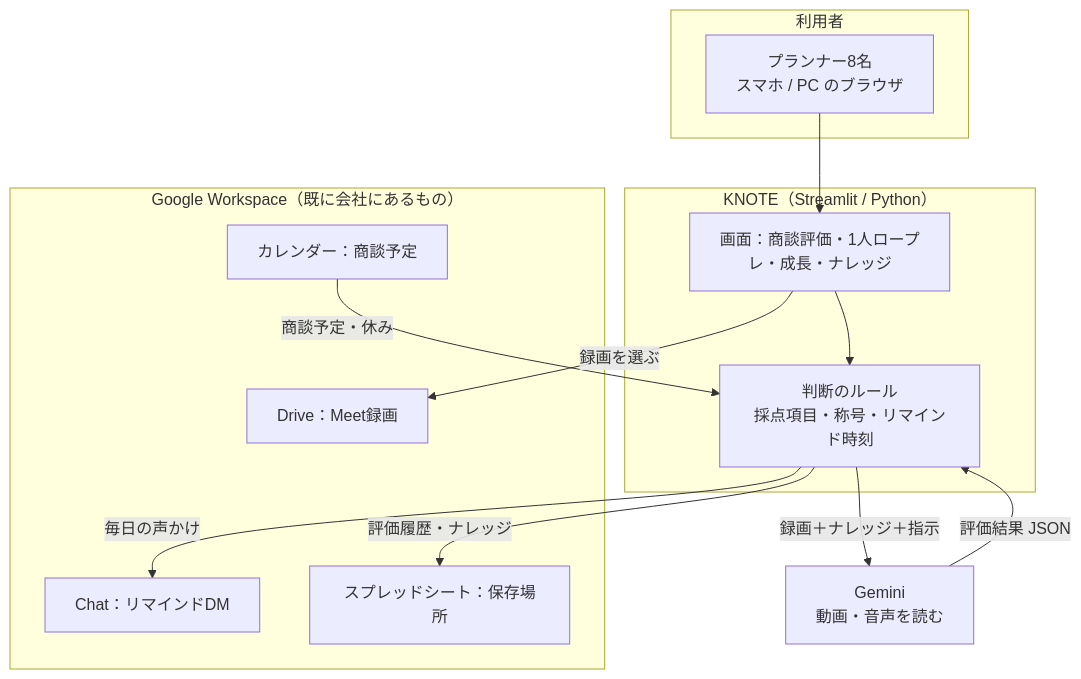
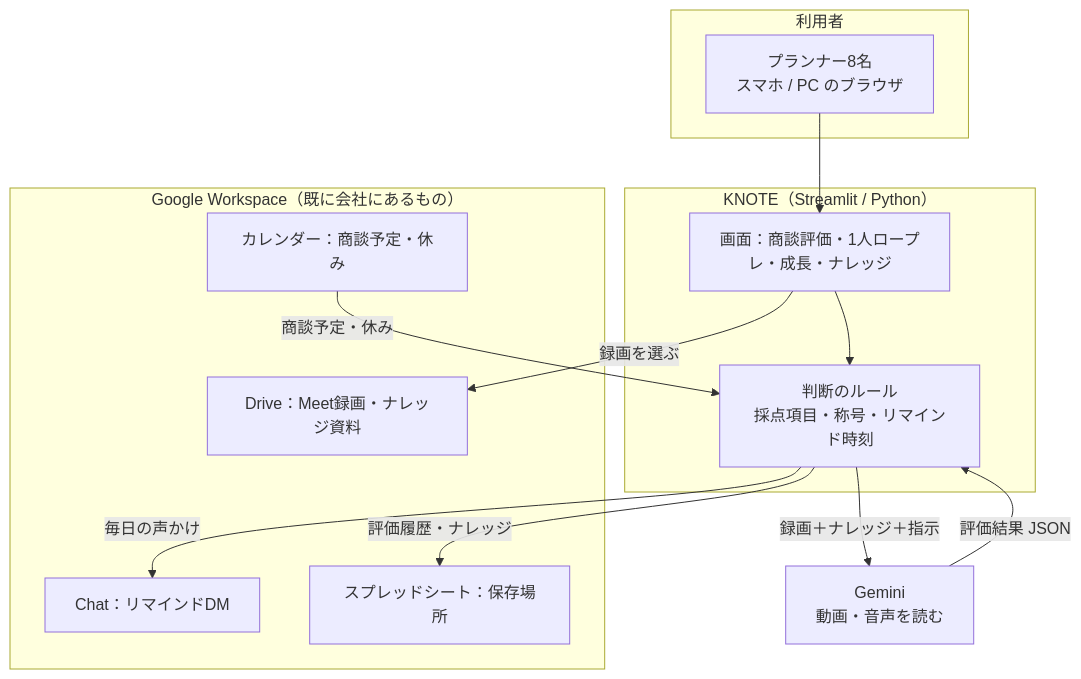
Before and after one commit to LTSplanner/talknot: the first of 4 diagrams in docs/SYSTEM_DESIGN.md, drawn with Mermaid. The commit also changed other lines of this file and 1 other file, not shown here.

````diff
--- a/docs/SYSTEM_DESIGN.md
+++ b/docs/SYSTEM_DESIGN.md
@@ -33,26 +66,26 @@
 ```mermaid
 flowchart TB
     subgraph 利用者
         P[プランナー8名<br/>スマホ / PC のブラウザ]
     end
     subgraph アプリ["KNOTE（Streamlit / Python）"]
         UI[画面：商談評価・1人ロープレ・成長・ナレッジ]
         LOGIC[判断のルール<br/>採点項目・称号・リマインド時刻]
     end
     subgraph Google["Google Workspace（既に会社にあるもの）"]
-        DRIVE[Drive：Meet録画]
-        CAL[カレンダー：商談予定]
+        DRIVE[Drive：Meet録画・ナレッジ資料]
+        CAL[カレンダー：商談予定・休み]
         CHAT[Chat：リマインドDM]
         SHEET[スプレッドシート：保存場所]
     end
     AI[Gemini<br/>動画・音声を読む]
 
     P --> UI
     UI --> LOGIC
     UI -->|録画を選ぶ| DRIVE
     LOGIC -->|録画＋ナレッジ＋指示| AI
     AI -->|評価結果 JSON| LOGIC
     LOGIC -->|評価履歴・ナレッジ| SHEET
     CAL -->|商談予定・休み| LOGIC
     LOGIC -->|毎日の声かけ| CHAT
 ```
````
